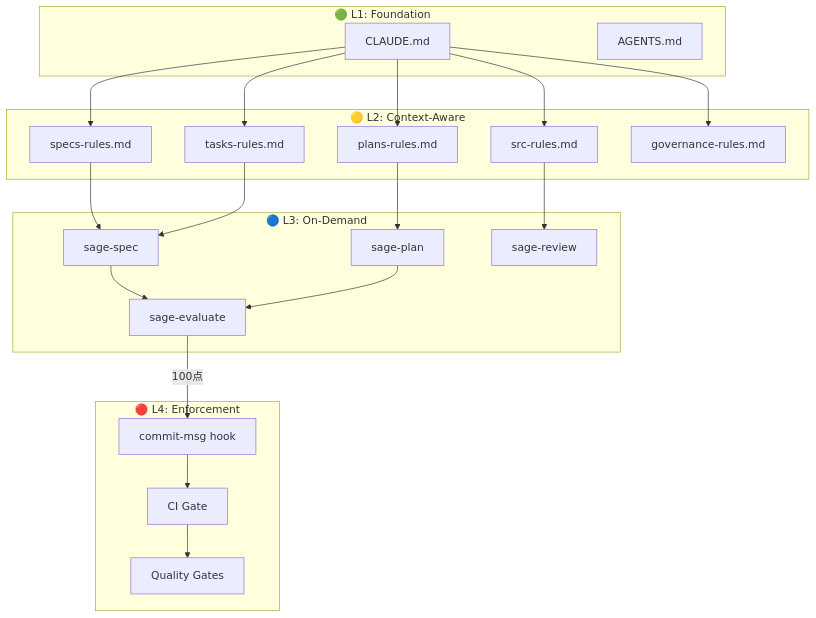
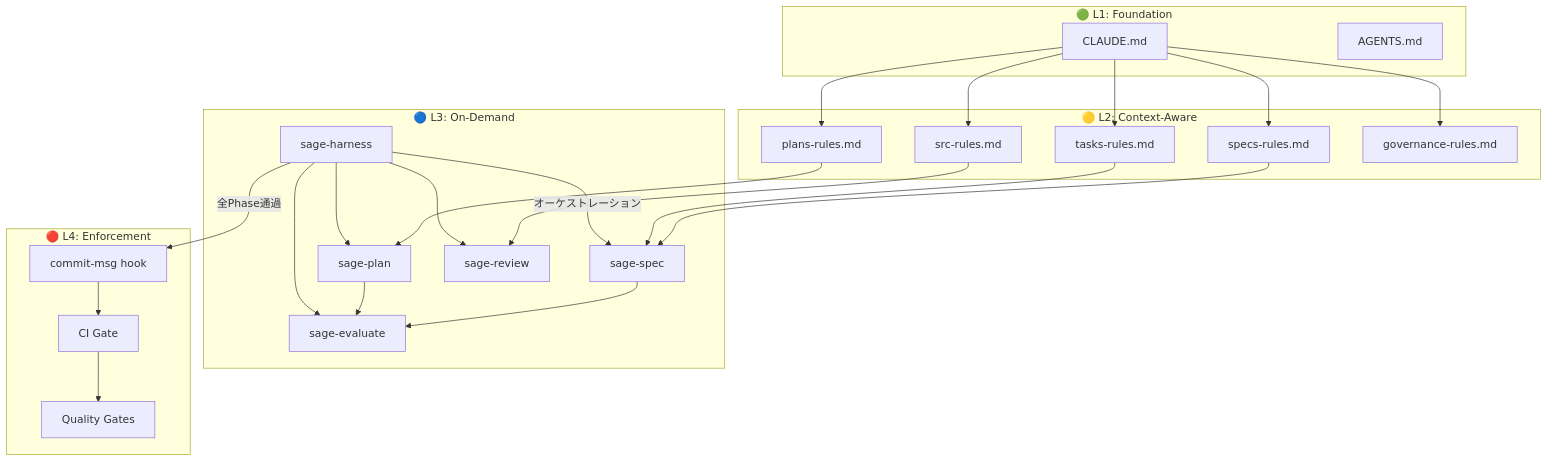
One commit to heidayo/sage-ai-template changed the first of 9 diagrams in README.md. Above: the diagram before and after it, drawn with Mermaid. The commit also changed other lines of this file and 14 other files, not shown here.

````diff
--- a/README.md
+++ b/README.md
@@ -25,43 +25,48 @@
 ```mermaid
 graph TB
     subgraph L1["🟢 L1: Foundation"]
         CM["CLAUDE.md"]
         AM["AGENTS.md"]
     end
 
     subgraph L2["🟡 L2: Context-Aware"]
         R1["specs-rules.md"]
         R2["plans-rules.md"]
         R3["tasks-rules.md"]
         R4["src-rules.md"]
         R5["governance-rules.md"]
     end
 
     subgraph L3["🔵 L3: On-Demand"]
         S1["sage-spec"]
         S2["sage-plan"]
         S3["sage-review"]
         S4["sage-evaluate"]
+        S5["sage-harness"]
     end
 
     subgraph L4["🔴 L4: Enforcement"]
         H1["commit-msg hook"]
         H2["CI Gate"]
         H3["Quality Gates"]
     end
 
     CM --> R1
     CM --> R2
     CM --> R3
     CM --> R4
     CM --> R5
     R1 --> S1
     R2 --> S2
     R3 --> S1
     R4 --> S3
     S1 --> S4
     S2 --> S4
-    S4 -->|"100点"| H1
+    S5 -->|"オーケストレーション"| S1
+    S5 --> S2
+    S5 --> S3
+    S5 --> S4
+    S5 -->|"全Phase通過"| H1
     H1 --> H2
     H2 --> H3
 ```
````
